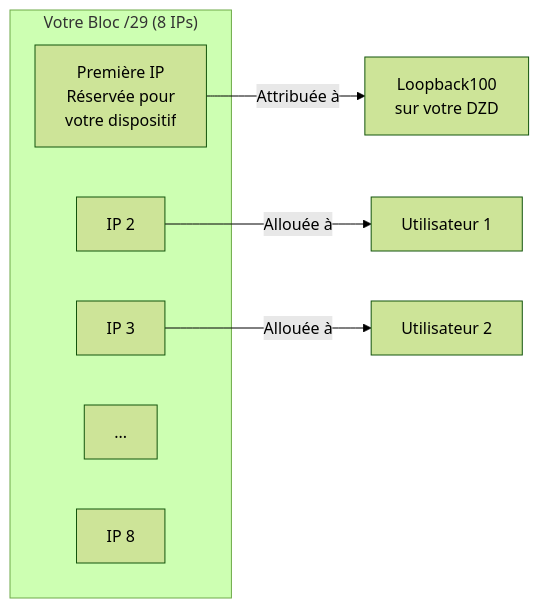
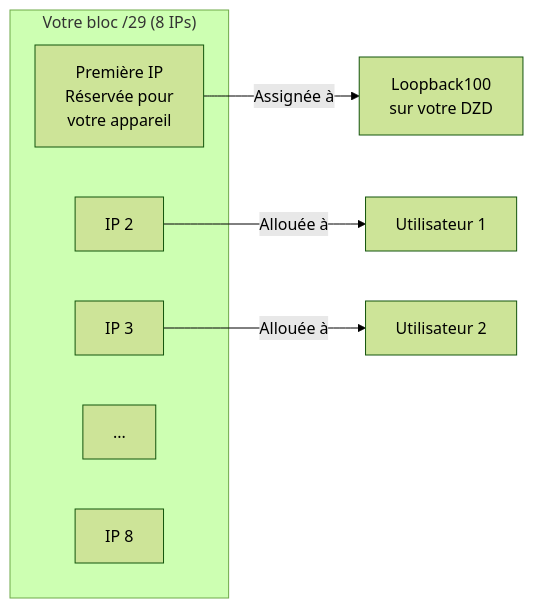
Before and after one commit to malbeclabs/docs: the second of 9 diagrams in docs/contribute-provisioning.fr.md, drawn with Mermaid (forest theme). The commit also changed other lines of this file and 34 other files, not shown here.

````diff
--- a/docs/contribute-provisioning.fr.md
+++ b/docs/contribute-provisioning.fr.md
@@ -82,14 +122,14 @@
 ```mermaid
 flowchart LR
-    subgraph "Votre Bloc /29 (8 IPs)"
-        IP1["Première IP<br/>Réservée pour<br/>votre dispositif"]
+    subgraph "Votre bloc /29 (8 IPs)"
+        IP1["Première IP<br/>Réservée pour<br/>votre appareil"]
         IP2["IP 2"]
         IP3["IP 3"]
         IP4["..."]
         IP8["IP 8"]
     end
 
-    IP1 -->|Attribuée à| LO[Loopback100<br/>sur votre DZD]
+    IP1 -->|Assignée à| LO[Loopback100<br/>sur votre DZD]
     IP2 -->|Allouée à| U1[Utilisateur 1]
     IP3 -->|Allouée à| U2[Utilisateur 2]
 ```
````
